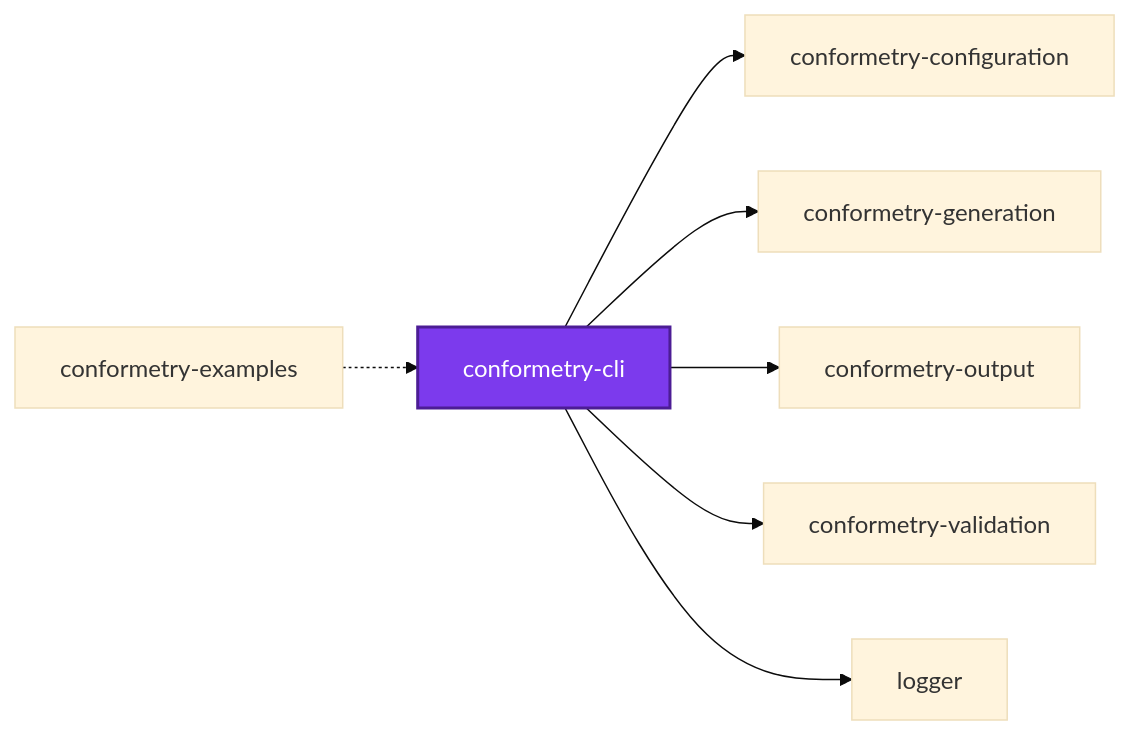
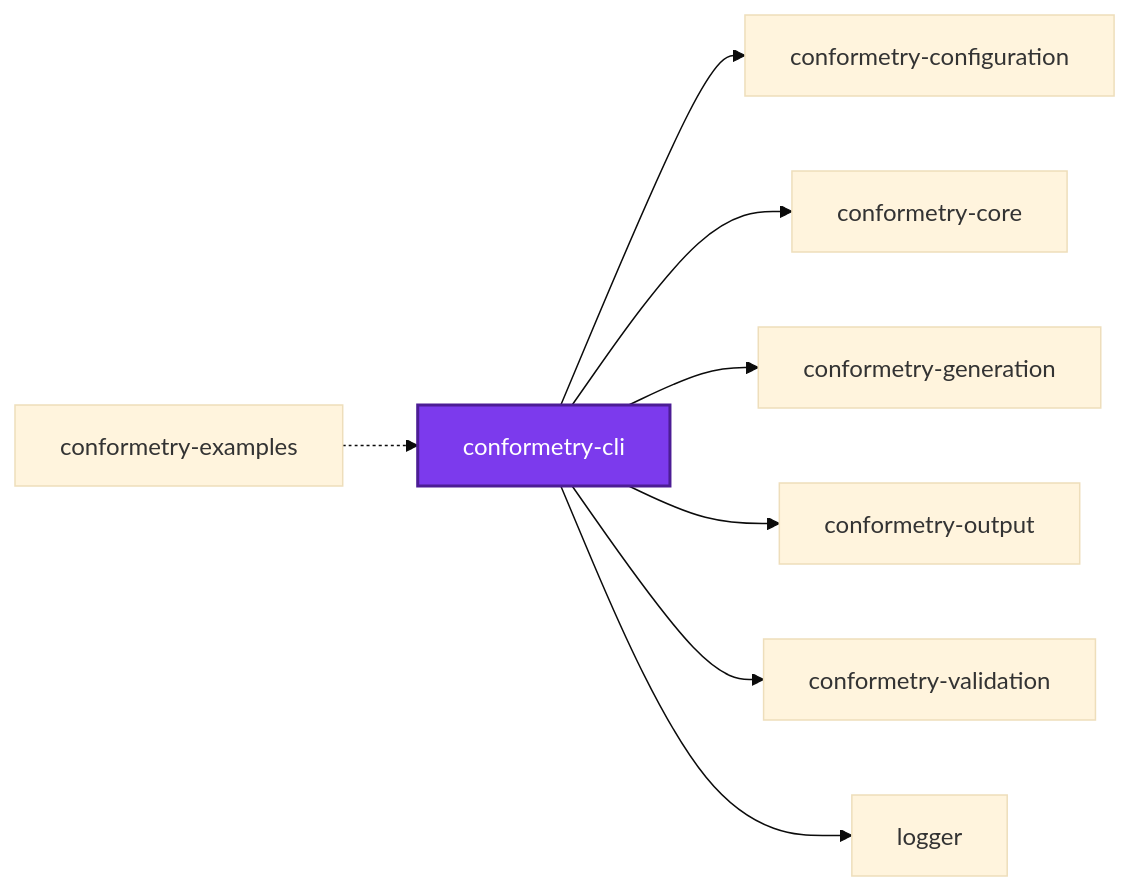
Before and after one commit to JimmyPaolini/codebase: the first of 3 diagrams in packages/ic-suite/conformetry/conformetry-cli/README.md, drawn with Mermaid (base theme). The commit also changed 18 other files, not shown here.

Commit message:
refactor(conformetry,configuration): ♻️ leave the root readme graphs alone and name core contracts once

````diff
--- a/packages/ic-suite/conformetry/conformetry-cli/README.md
+++ b/packages/ic-suite/conformetry/conformetry-cli/README.md
@@ -851,18 +851,20 @@
 ```mermaid
 graph LR
   conformetry_cli["conformetry-cli"]
   conformetry_configuration["conformetry-configuration"]
+  conformetry_core["conformetry-core"]
   conformetry_examples["conformetry-examples"]
   conformetry_generation["conformetry-generation"]
   conformetry_output["conformetry-output"]
   conformetry_validation["conformetry-validation"]
   logger["logger"]
   conformetry_cli --> conformetry_configuration
+  conformetry_cli --> conformetry_core
   conformetry_cli --> conformetry_generation
   conformetry_cli --> conformetry_output
   conformetry_cli --> conformetry_validation
   conformetry_cli --> logger
   conformetry_examples -.-> conformetry_cli
   classDef subject fill:#7c3aed,color:#fff,stroke:#4c1d95,stroke-width:2px
   class conformetry_cli subject
 ```
````
